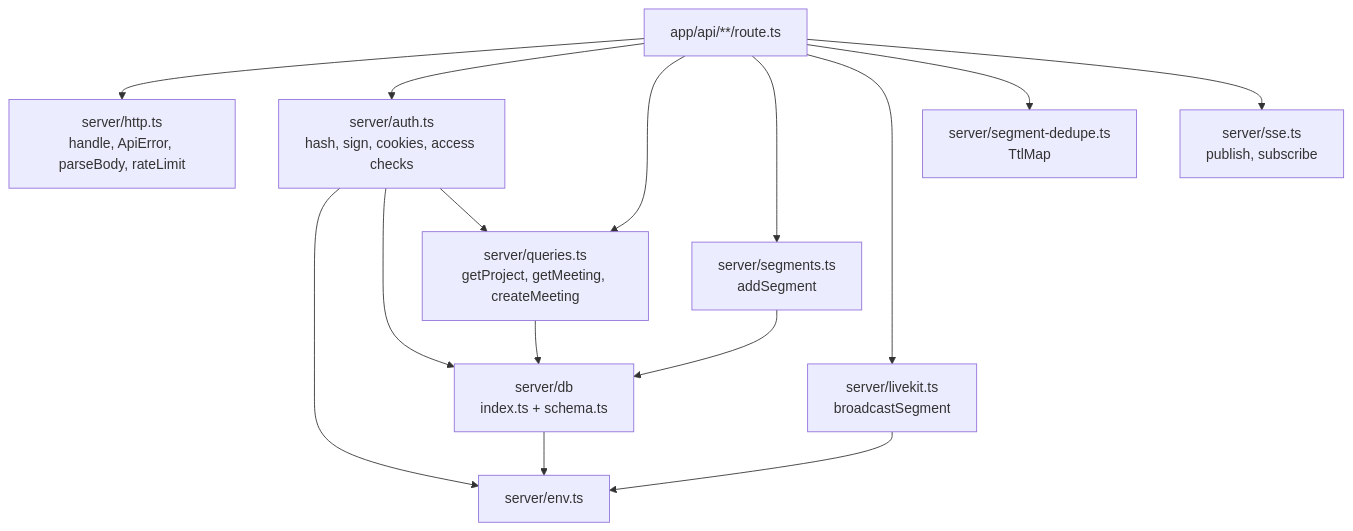
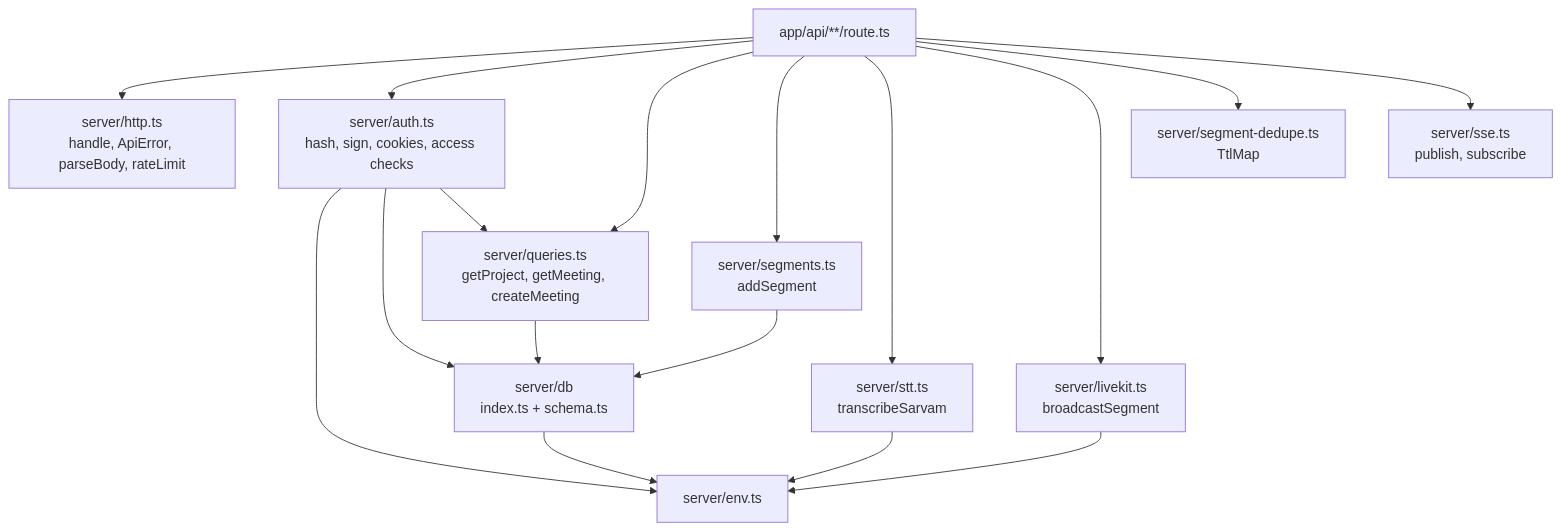
Before and after one commit to Anilkumark17/validate: the fifth of 7 diagrams in docs/architecture-diagram.md, drawn with Mermaid. The commit also changed other lines of this file and 155 other files, not shown here.

````diff
--- a/docs/architecture-diagram.md
+++ b/docs/architecture-diagram.md
@@ -161,18 +185,20 @@
 ```mermaid
 flowchart TD
     Routes["app/api/**/route.ts"] --> http["server/http.ts<br/>handle, ApiError, parseBody, rateLimit"]
     Routes --> auth["server/auth.ts<br/>hash, sign, cookies, access checks"]
     Routes --> queries["server/queries.ts<br/>getProject, getMeeting, createMeeting"]
     Routes --> segments["server/segments.ts<br/>addSegment"]
+    Routes --> stt["server/stt.ts<br/>transcribeSarvam"]
+    stt --> env
     Routes --> livekitmod["server/livekit.ts<br/>broadcastSegment"]
     Routes --> dedupe["server/segment-dedupe.ts<br/>TtlMap"]
     Routes --> sse["server/sse.ts<br/>publish, subscribe"]
 
     auth --> env["server/env.ts"]
     auth --> db["server/db<br/>index.ts + schema.ts"]
     auth --> queries
     queries --> db
     segments --> db
     livekitmod --> env
     db --> env
 ```
````
